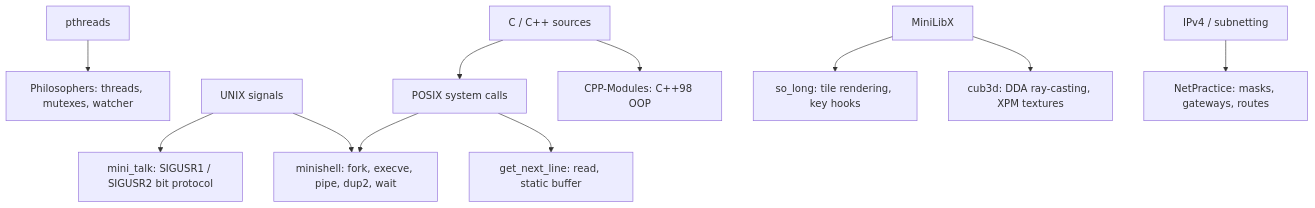
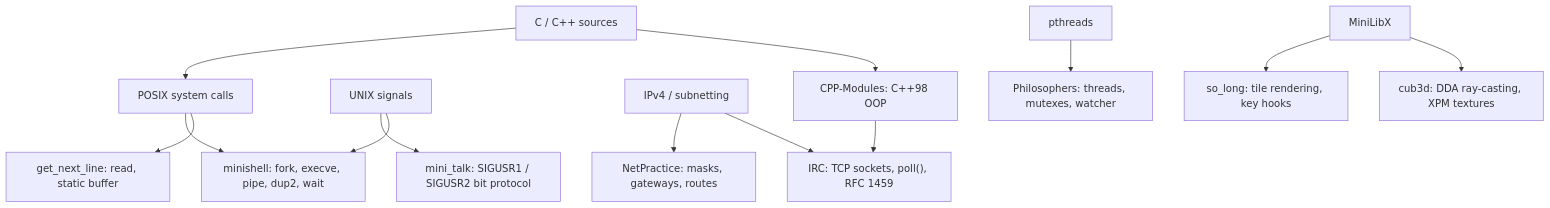
One commit to Liams-theCreator/1337-projects changed the second of 2 diagrams in README.md. Above: the diagram before and after it, drawn with Mermaid. The commit also changed other lines of this file and 3 other files, not shown here.

````diff
--- a/README.md
+++ b/README.md
@@ -54,20 +58,22 @@
 ```mermaid
 graph TD
     C["C / C++ sources"]
     POSIX["POSIX system calls"]
     MLX["MiniLibX"]
     THREADS["pthreads"]
     SIGNALS["UNIX signals"]
     NET["IPv4 / subnetting"]
 
     C --> POSIX
     POSIX --> minishell["minishell: fork, execve, pipe, dup2, wait"]
     POSIX --> gnl2["get_next_line: read, static buffer"]
     SIGNALS --> mini_talk["mini_talk: SIGUSR1 / SIGUSR2 bit protocol"]
     SIGNALS --> minishell
     THREADS --> philo["Philosophers: threads, mutexes, watcher"]
     MLX --> so_long2["so_long: tile rendering, key hooks"]
     MLX --> cub3d2["cub3d: DDA ray-casting, XPM textures"]
     NET --> netpractice["NetPractice: masks, gateways, routes"]
+    NET --> irc["IRC: TCP sockets, poll(), RFC 1459"]
     C --> cpp["CPP-Modules: C++98 OOP"]
+    cpp --> irc
 ```
````
